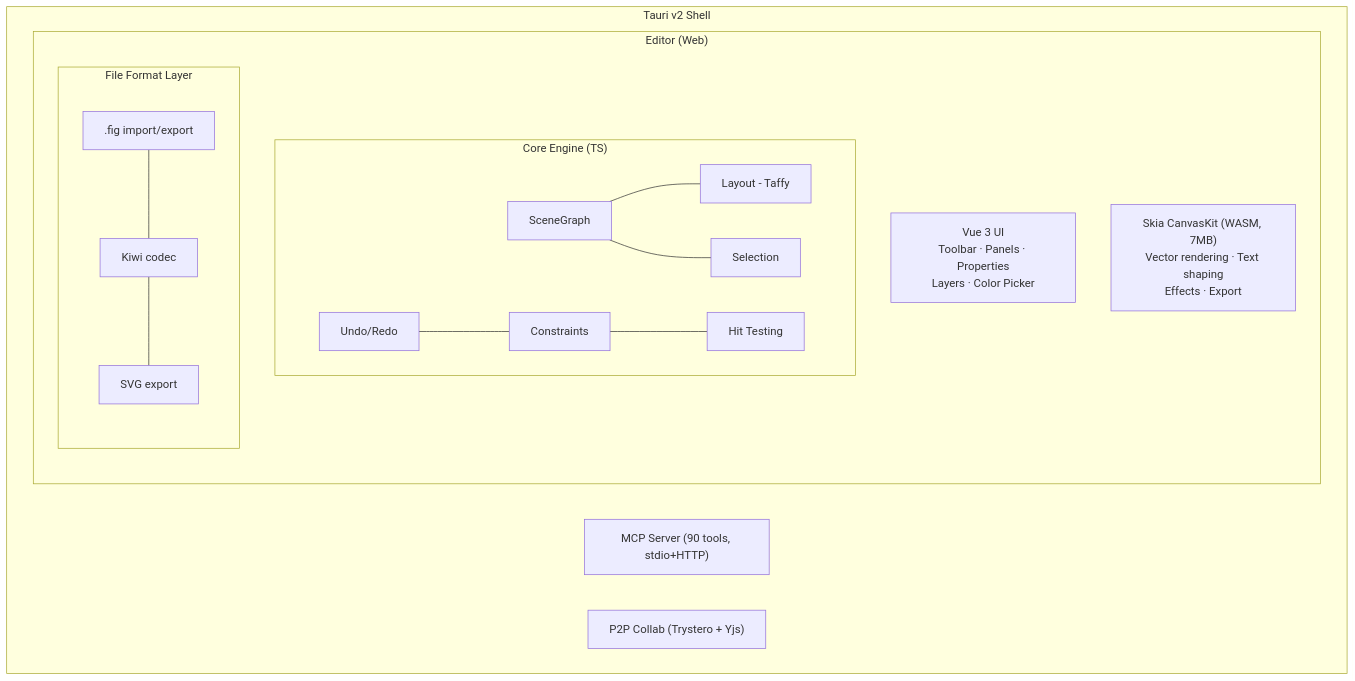
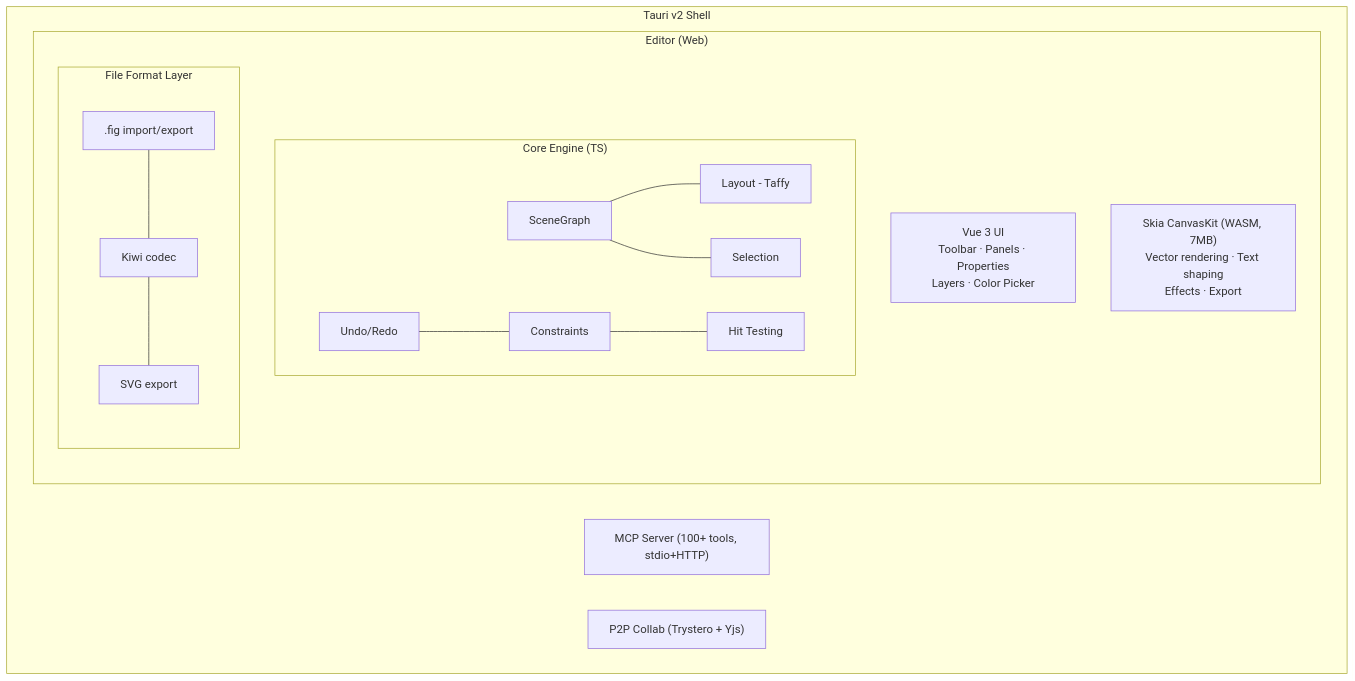
The diagram in packages/docs/development/architecture.md (open-pencil/open-pencil), drawn with Mermaid before and after one commit. The commit also changed other lines of this file and 31 other files, not shown here.

First line of the commit message:
docs: rewrite the Penpot comparison and correct tool counts, app size, and schema profiles

````diff
--- a/packages/docs/development/architecture.md
+++ b/packages/docs/development/architecture.md
@@ -8,21 +8,21 @@
 ```mermaid
 graph TB
     subgraph Tauri["Tauri v2 Shell"]
         subgraph Editor["Editor (Web)"]
             UI["Vue 3 UI<br/>Toolbar · Panels · Properties<br/>Layers · Color Picker"]
             Skia["Skia CanvasKit (WASM, 7MB)<br/>Vector rendering · Text shaping<br/>Effects · Export"]
             subgraph Core["Core Engine (TS)"]
                 SG[SceneGraph] --- Layout[Layout - Taffy]
                 SG --- Selection
                 Undo[Undo/Redo] --- Constraints
                 Constraints --- HitTest[Hit Testing]
             end
             subgraph FileFormat["File Format Layer"]
                 FigIO[".fig import/export"] --- Kiwi[Kiwi codec]
                 Kiwi --- SVG[SVG export]
             end
         end
-        MCP["MCP Server (90 tools, stdio+HTTP)"]
+        MCP["MCP Server (100+ tools, stdio+HTTP)"]
         Collab["P2P Collab (Trystero + Yjs)"]
     end
 ```
````
